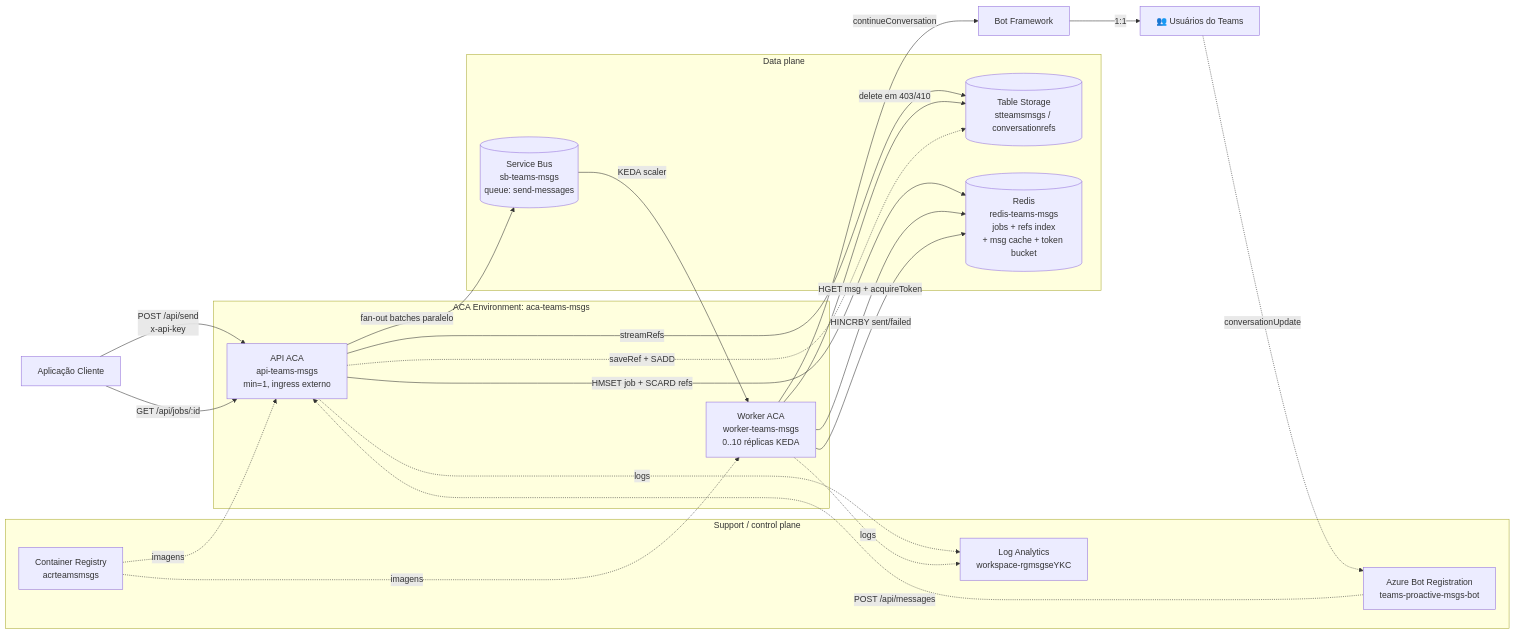
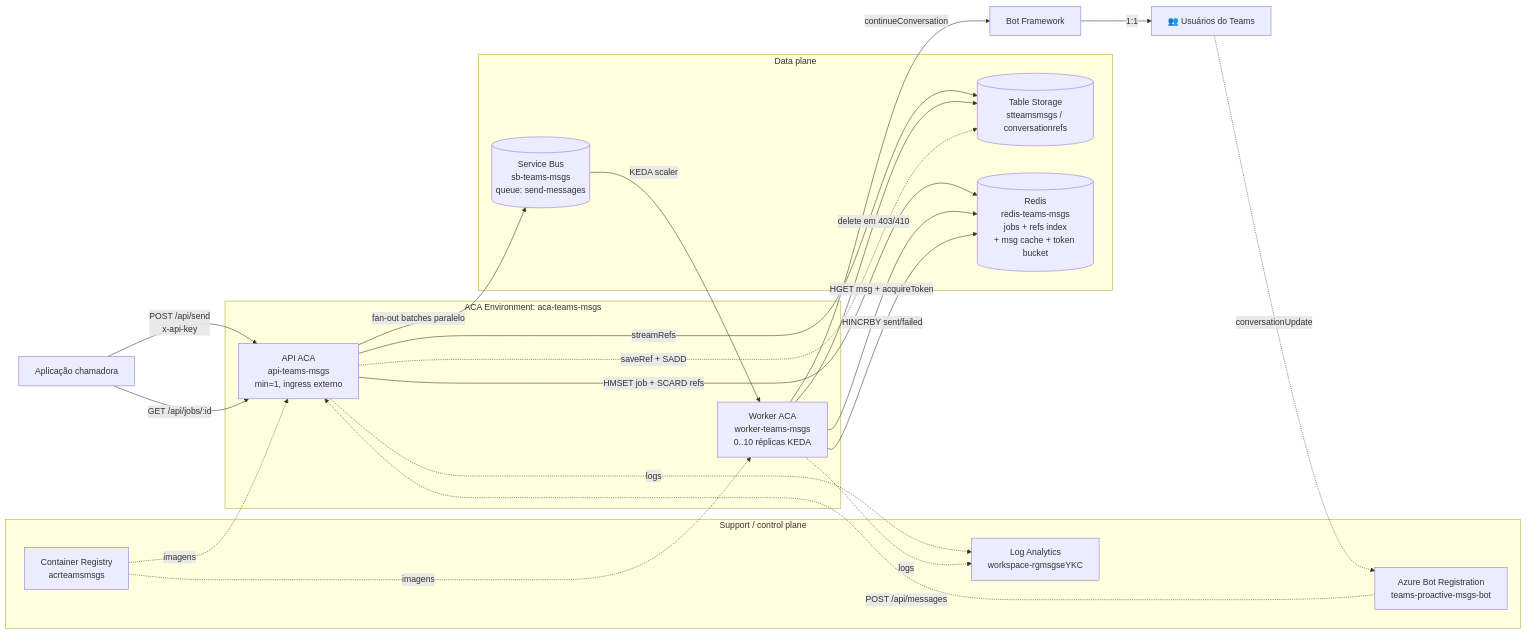
The first of 6 diagrams in README.md (EdneiMonteiro/teams_msgs), drawn with Mermaid before and after one commit. The commit also changed other lines of this file, not shown here.

First line of the commit message:
docs: remove benchmark ADR and roadmap sections

````diff
--- a/README.md
+++ b/README.md
@@ -62,43 +59,43 @@
 ```mermaid
 graph LR
-    Client[Aplicação Cliente]
+    Client[Aplicação chamadora]
     subgraph "ACA Environment: aca-teams-msgs"
         API[API ACA<br/>api-teams-msgs<br/>min=1, ingress externo]
         W1[Worker ACA<br/>worker-teams-msgs<br/>0..10 réplicas KEDA]
     end
 
     subgraph "Data plane"
         Table[(Table Storage<br/>stteamsmsgs / conversationrefs)]
         Redis[(Redis<br/>redis-teams-msgs<br/>jobs + refs index<br/>+ msg cache + token bucket)]
         SB[(Service Bus<br/>sb-teams-msgs<br/>queue: send-messages)]
     end
 
     subgraph "Support / control plane"
         AzBot[Azure Bot Registration<br/>teams-proactive-msgs-bot]
         ACR[Container Registry<br/>acrteamsmsgs]
         Logs[Log Analytics<br/>workspace-rgmsgseYKC]
     end
 
     BF[Bot Framework]
     Users[👥 Usuários do Teams]
 
     Client -->|POST /api/send<br/>x-api-key| API
     Client -->|GET /api/jobs/:id| API
     API -->|streamRefs| Table
     API -->|HMSET job + SCARD refs| Redis
     API -->|fan-out batches paralelo| SB
     SB -->|KEDA scaler| W1
     W1 -->|HGET msg + acquireToken| Redis
     W1 -->|continueConversation| BF
     BF -->|1:1| Users
     W1 -->|HINCRBY sent/failed| Redis
     W1 -->|delete em 403/410| Table
 
     Users -.->|conversationUpdate| AzBot
     AzBot -.->|POST /api/messages| API
     API -.->|saveRef + SADD| Table
     ACR -.->|imagens| API
     ACR -.->|imagens| W1
     API -.->|logs| Logs
     W1 -.->|logs| Logs
 ```
````
